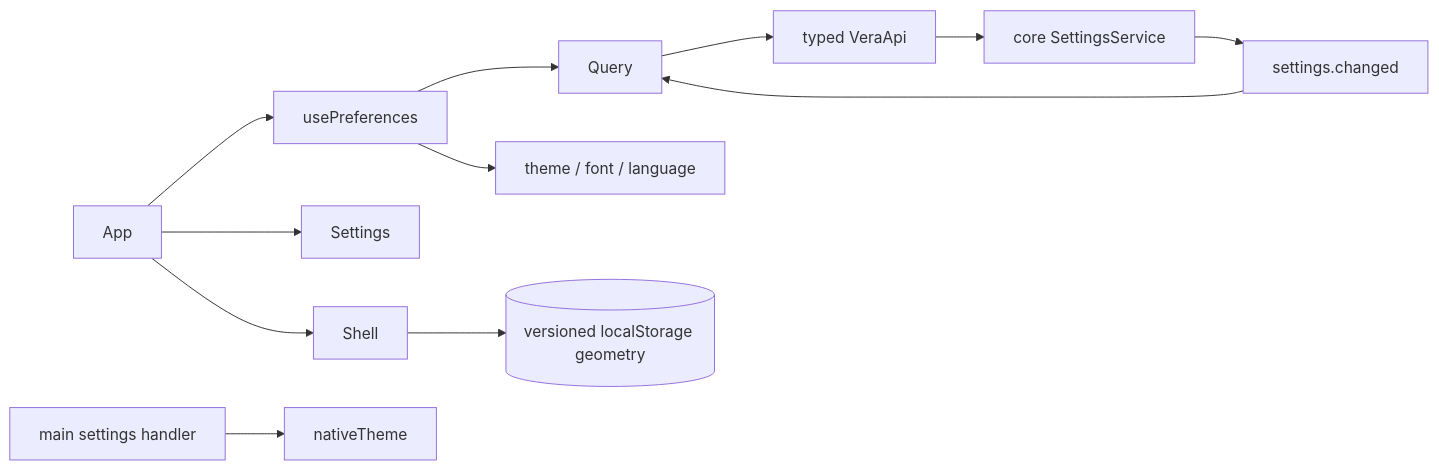
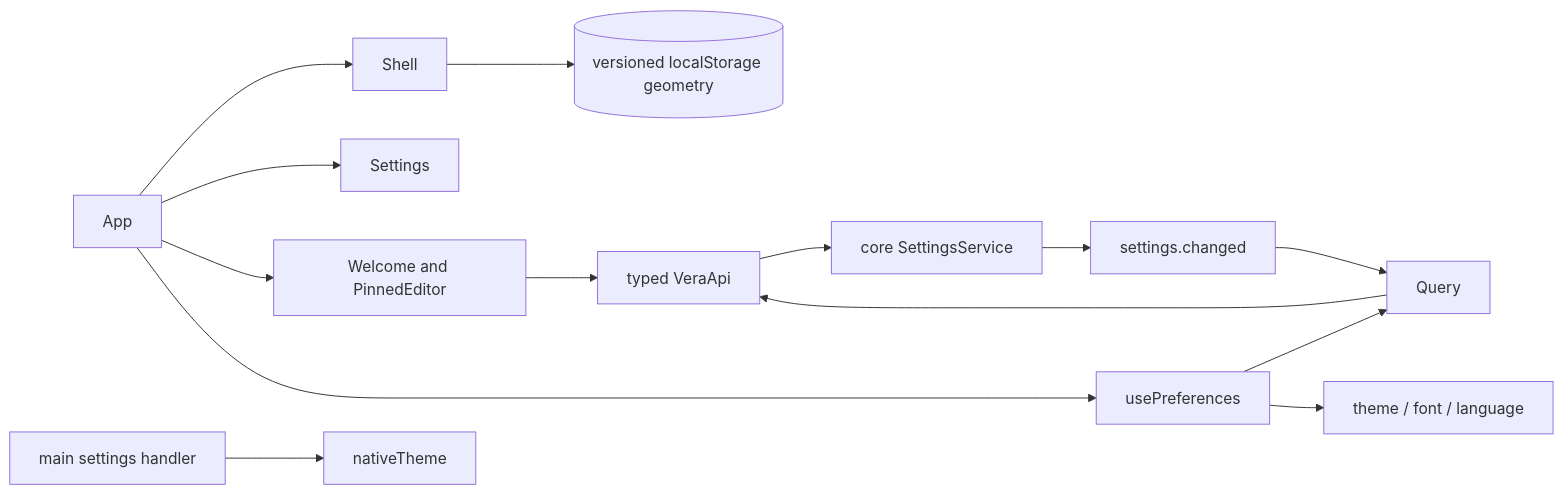
The diagram in .agentic/knowledge/renderer-foundation.md (DDP-Engineering/2026_Virtual_Embedded_Rig_Assistant), drawn with Mermaid before and after one commit. The commit also changed other lines of this file and 70 other files, not shown here.

First line of the commit message:
feat(workbench): implement WP-06 lifecycle and Welcome (#6)

````diff
--- a/.agentic/knowledge/renderer-foundation.md
+++ b/.agentic/knowledge/renderer-foundation.md
@@ -71,14 +72,16 @@
 ```mermaid
 flowchart LR
   App --> Shell
   App --> Settings
+  App --> Workbench[Welcome and PinnedEditor]
+  Workbench --> API
   App --> usePreferences
   usePreferences --> Query
   Query --> API[typed VeraApi]
   API --> service[core SettingsService]
   service --> event[settings.changed]
   event --> Query
   usePreferences --> root[theme / font / language]
   Shell --> layout[(versioned localStorage geometry)]
   main[main settings handler] --> nativeTheme
 ```
````
